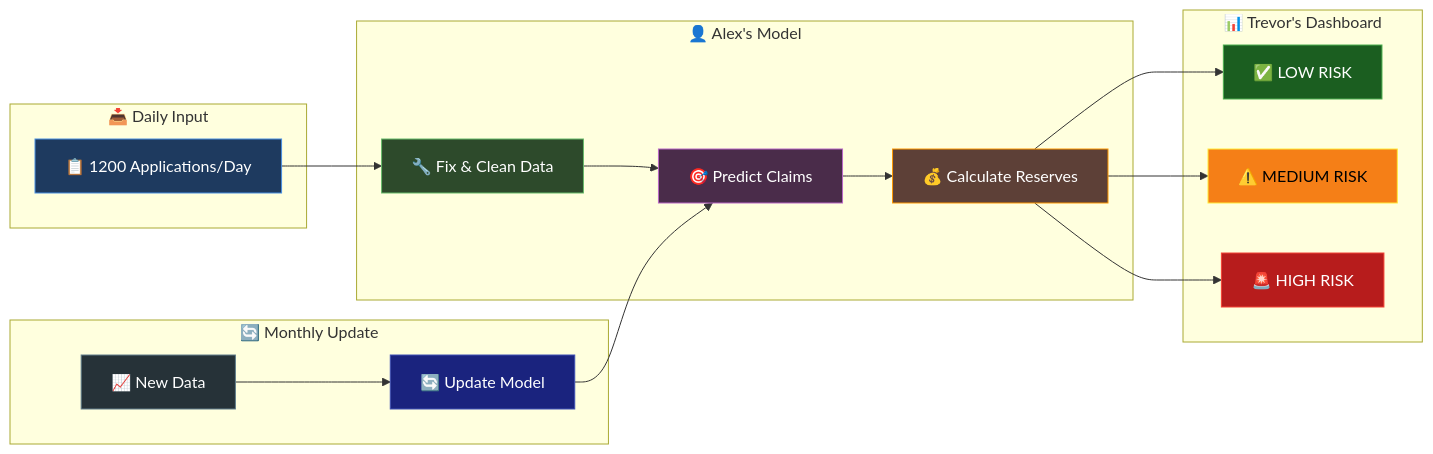
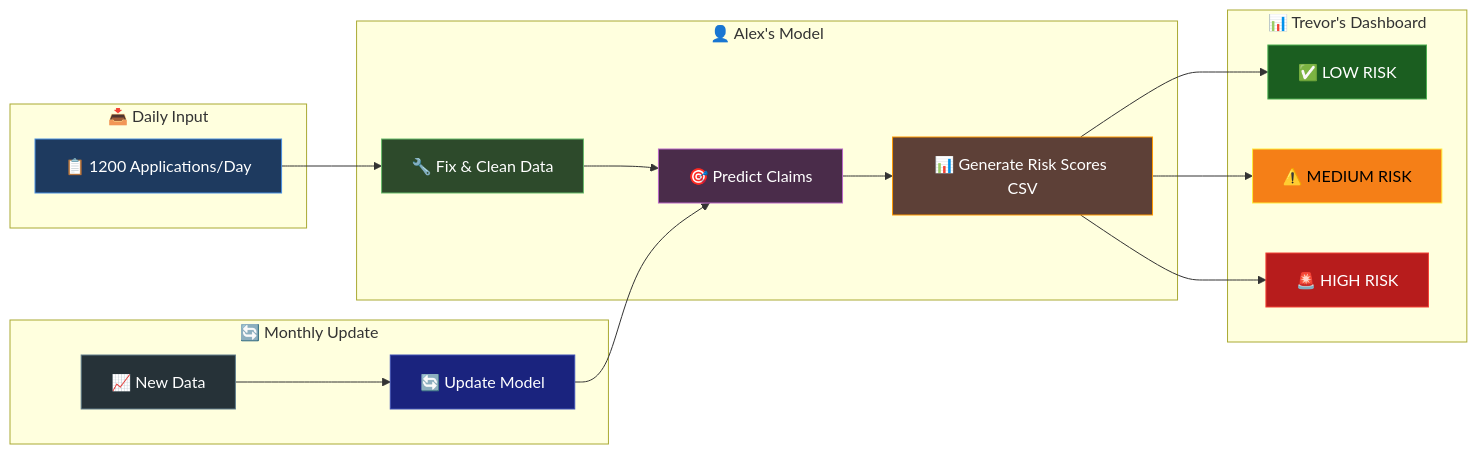
The diagram in simple-ml-pipeline-high-level-diagram.mermaid (Edvac/claims-ml-batch-processor), drawn with Mermaid before and after one commit.

Commit message:
Update model diagram to reflect risk scores CSV generation

```diff
--- a/simple-ml-pipeline-high-level-diagram.mermaid
+++ b/simple-ml-pipeline-high-level-diagram.mermaid
@@ -1,31 +1,31 @@
 graph LR
     subgraph "📥 Daily Input"
         A[📋 1200 Applications/Day]
     end
     
     subgraph "👤 Alex's Model"
         A --> B[🔧 Fix & Clean Data]
         B --> C[🎯 Predict Claims]
-        C --> D[💰 Calculate Reserves]
+        C --> D[📊 Generate Risk Scores CSV]
     end
     
     subgraph "📊 Trevor's Dashboard"
         D --> E[✅ LOW RISK]
         D --> F[⚠️ MEDIUM RISK]
         D --> G[🚨 HIGH RISK]
     end
     
     subgraph "🔄 Monthly Update"
         H[📈 New Data] --> I[🔄 Update Model]
         I --> C
     end
     
     style A fill:#1e3a5f,stroke:#4a90e2,color:#ffffff
     style B fill:#2d4a2b,stroke:#66bb6a,color:#ffffff
     style C fill:#4a2c4a,stroke:#ba68c8,color:#ffffff
     style D fill:#5d4037,stroke:#ff9800,color:#ffffff
     style E fill:#1b5e20,stroke:#4caf50,color:#ffffff
     style F fill:#f57f17,stroke:#ffeb3b,color:#000000
     style G fill:#b71c1c,stroke:#f44336,color:#ffffff
     style H fill:#263238,stroke:#607d8b,color:#ffffff
     style I fill:#1a237e,stroke:#3f51b5,color:#ffffff
```
